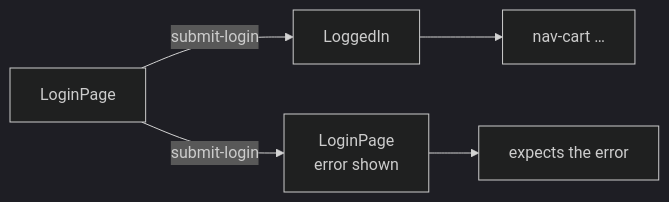
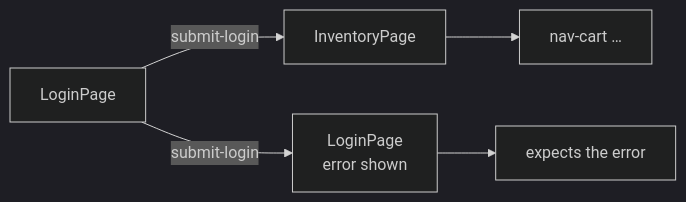
The second of 3 diagrams in docs/guides/flows.md (deviate-dv8/waygraph), drawn with Mermaid (dark theme) before and after one commit. The commit also changed other lines of this file and 74 other files, not shown here.

Commit message:
saucedemo: the products page's Checkpoint is InventoryPage (was LoggedIn, a state, not a page), like LoginPage, CartPage and CheckoutInfoPage; the quickstart, tests, docs and examples follow

````diff
--- a/docs/guides/flows.md
+++ b/docs/guides/flows.md
@@ -130,7 +130,7 @@
 ```mermaid
 graph LR
-  L[LoginPage] -->|submit-login| I[LoggedIn]
+  L[LoginPage] -->|submit-login| I[InventoryPage]
   L -->|submit-login| L2[LoginPage<br/>error shown]
   I --> N[nav-cart …]
   L2 --> A[expects the error]
 ```
````
